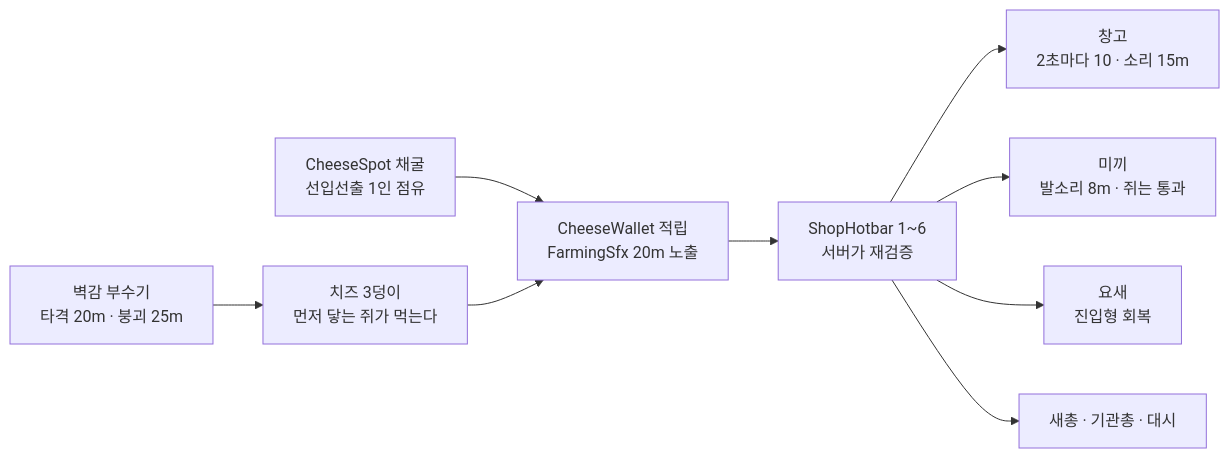
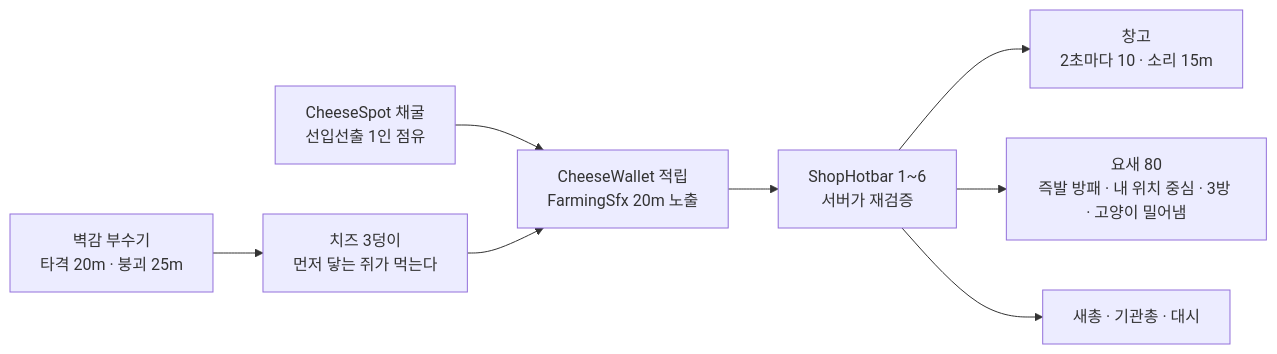
Before and after one commit to JeahanPark/The-Cheese-Thief-and-the-Cat: the second of 17 diagrams in CTC/docs/design-vault/코드 다이어그램.md, drawn with Mermaid. The commit also changed other lines of this file and 55 other files, not shown here.

````diff
--- a/CTC/docs/design-vault/코드 다이어그램.md
+++ b/CTC/docs/design-vault/코드 다이어그램.md
@@ -32,11 +32,10 @@
 ```mermaid
 flowchart LR
     Farm[CheeseSpot 채굴<br/>선입선출 1인 점유] --> Wallet[CheeseWallet 적립<br/>FarmingSfx 20m 노출]
     Wallet --> Buy[ShopHotbar 1~6<br/>서버가 재검증]
     Buy --> Ware[창고<br/>2초마다 10 · 소리 15m]
-    Buy --> Decoy[미끼<br/>발소리 8m · 쥐는 통과]
-    Buy --> Fort[요새<br/>진입형 회복]
+    Buy --> Fort[요새 80<br/>즉발 방패 · 내 위치 중심 · 3방 · 고양이 밀어냄]
     Buy --> Gun[새총 · 기관총 · 대시]
     Alc[벽감 부수기<br/>타격 20m · 붕괴 25m] --> Drop[치즈 3덩이<br/>먼저 닿는 쥐가 먹는다]
     Drop --> Wallet
 ```
````
